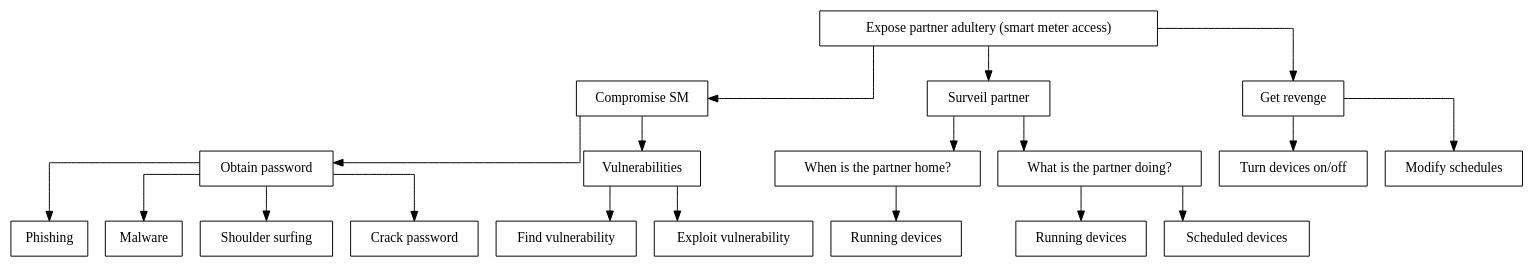
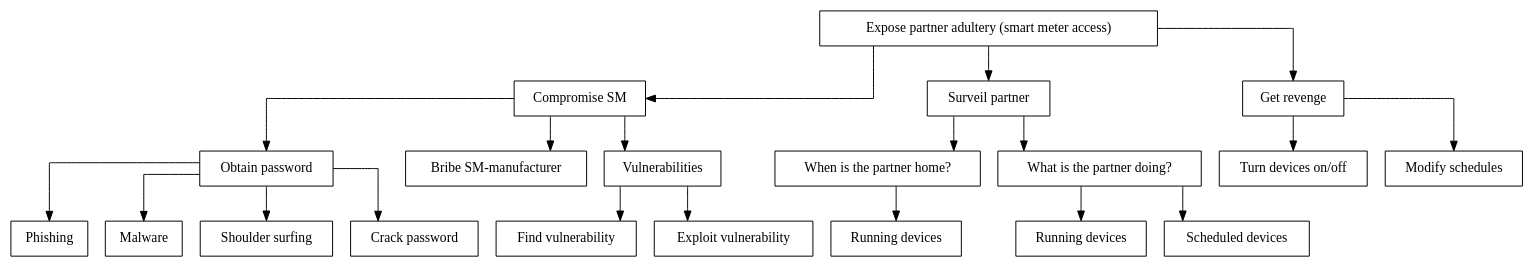
Before and after one commit to des904e15/report: the diagram in figures/graphviz/partner_vs_consumer_sm.dot, drawn with Graphviz. The commit also changed 9 other files, not shown here.

```diff
--- a/figures/graphviz/partner_vs_consumer_sm.dot
+++ b/figures/graphviz/partner_vs_consumer_sm.dot
@@ -1,55 +1,58 @@
 digraph finite_state_machine {
   node [shape = rectangle];
   graph [splines=ortho];
 
   sm_access[label = "Expose partner adultery (smart meter access)",shape=AND];
 
     sm_access -> compromise_sm;
     compromise_sm[label="Compromise SM"];
 
     obtainPassword[label="Obtain password", shape=OR];
     compromise_sm[shape=OR];
+    bribe[label="Bribe SM-manufacturer"];
+    compromise_sm ->bribe;
+
     compromise_sm -> obtainPassword;
     phishing[label="Phishing"];
     malware[label="Malware"];
     shoulderSurfing[label="Shoulder surfing"];
     crackPassword[label="Crack password"];
     obtainPassword -> phishing;
     obtainPassword -> malware;
     obtainPassword -> shoulderSurfing;
     obtainPassword -> crackPassword;
 
     exploitVulnerability[label="Vulnerabilities", shape=AND];
     compromise_sm -> exploitVulnerability;
     findVuln[label="Find vulnerability"];
     exploitVuln[label="Exploit vulnerability"];
     exploitVulnerability -> findVuln;
     exploitVulnerability -> exploitVuln;
 
   surveil[label="Surveil partner",shape=OR];
   sm_access->surveil;
 
     at_home[label="When is the partner home?"];
     surveil->at_home
 
       running_devices[label="Running devices"];
       at_home->running_devices;
 
     doing_what[label="What is the partner doing?",shape=OR];
     surveil->doing_what;
 
       running_devices2[label="Running devices"];
       doing_what->running_devices2;
 
       scheduled_devices[label="Scheduled devices"];
       doing_what->scheduled_devices;
 
   revenge[label="Get revenge",shape=OR];
   sm_access->revenge;
 
     turn_onoff[label="Turn devices on/off"];
     revenge->turn_onoff;
 
     modify_schedules[label="Modify schedules"];
     revenge->modify_schedules;
 }
```
